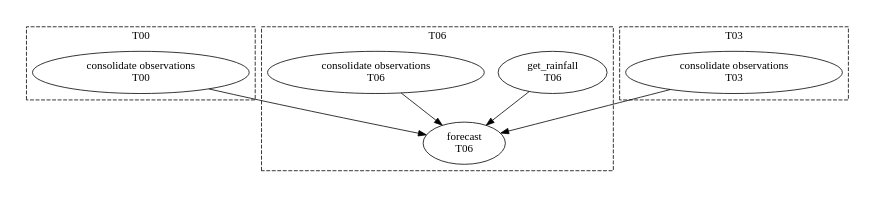
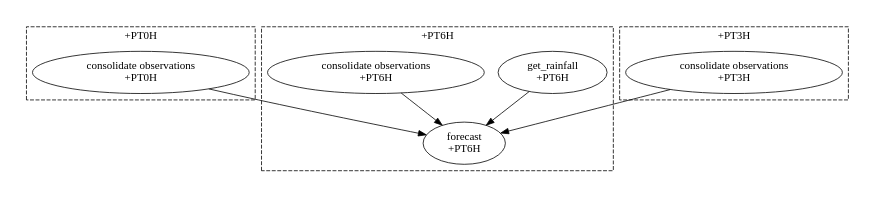
One commit to metomi/rose changed the second of 5 diagrams in sphinx/tutorial/cylc/scheduling/datetime-cycling.rst. Above: the diagram before and after it, drawn with Graphviz. The commit also changed other lines of this file, not shown here.

```diff
--- a/sphinx/tutorial/cylc/scheduling/datetime-cycling.rst
+++ b/sphinx/tutorial/cylc/scheduling/datetime-cycling.rst
@@ -273,30 +275,30 @@
 .. digraph:: example
    :align: center
 
    size = "5,4"
    bgcolor=none
 
    subgraph cluster_T00 {
-       label="T00"
+       label="+PT0H"
        style="dashed"
-       "observations.t00" [label="consolidate observations\nT00"]
+       "observations.t00" [label="consolidate observations\n+PT0H"]
    }
 
    subgraph cluster_T03 {
-       label="T03"
+       label="+PT3H"
        style="dashed"
-       "observations.t03" [label="consolidate observations\nT03"]
+       "observations.t03" [label="consolidate observations\n+PT3H"]
    }
 
    subgraph cluster_T06 {
-       label="T06"
+       label="+PT6H"
        style="dashed"
-       "forecast.t06" [label="forecast\nT06"]
-       "get_rainfall.t06" [label="get_rainfall\nT06"]
-       "observations.t06" [label="consolidate observations\nT06"]
+       "forecast.t06" [label="forecast\n+PT6H"]
+       "get_rainfall.t06" [label="get_rainfall\n+PT6H"]
+       "observations.t06" [label="consolidate observations\n+PT6H"]
    }
 
    "observations.t00" -> "forecast.t06"
    "observations.t03" -> "forecast.t06"
    "observations.t06" -> "forecast.t06"
    "get_rainfall.t06" -> "forecast.t06"
```
